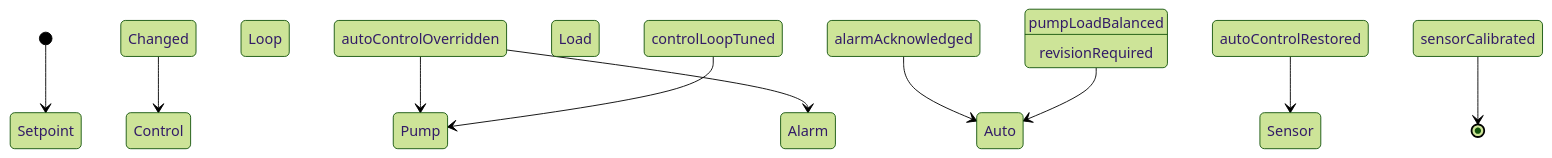
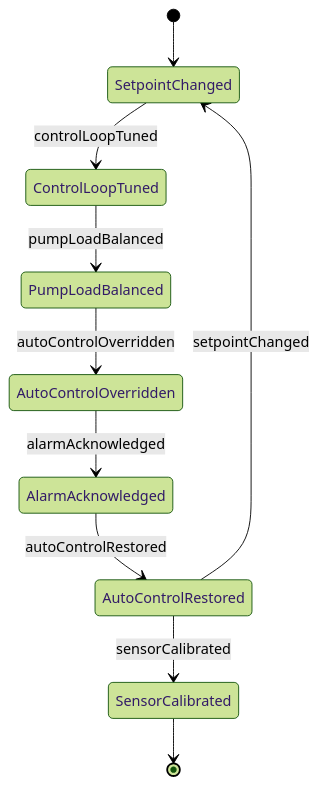
The second of 4 diagrams in ControllingMachinesAndProcesses/OperatePumpingSystemsOrEquipment/ControlPumpsPumpingEquipment.mdx (dot-org-ai/tasks.org.ai), drawn with Mermaid (forest theme) before and after one commit. The commit also changed other lines of this file and 515 other files, not shown here.

````diff
--- a/ControllingMachinesAndProcesses/OperatePumpingSystemsOrEquipment/ControlPumpsPumpingEquipment.mdx
+++ b/ControllingMachinesAndProcesses/OperatePumpingSystemsOrEquipment/ControlPumpsPumpingEquipment.mdx
@@ -98,12 +98,12 @@
 ```mermaid
 stateDiagram-v2
-    [*] --> Setpoint Changed
-    Setpoint Changed --> Control Loop Tuned : controlLoopTuned
-    Control Loop Tuned --> Pump Load Balanced : pumpLoadBalanced
-    Pump Load Balanced --> Auto Control Overridden : autoControlOverridden
-    Auto Control Overridden --> Alarm Acknowledged : alarmAcknowledged
-    Alarm Acknowledged --> Auto Control Restored : autoControlRestored
-    Auto Control Restored --> Sensor Calibrated : sensorCalibrated
-    Auto Control Overridden --> Pump Load Balanced : revisionRequired
-    Sensor Calibrated --> [*]
+    [*] --> SetpointChanged
+    SetpointChanged --> ControlLoopTuned : controlLoopTuned
+    ControlLoopTuned --> PumpLoadBalanced : pumpLoadBalanced
+    PumpLoadBalanced --> AutoControlOverridden : autoControlOverridden
+    AutoControlOverridden --> AlarmAcknowledged : alarmAcknowledged
+    AlarmAcknowledged --> AutoControlRestored : autoControlRestored
+    AutoControlRestored --> SensorCalibrated : sensorCalibrated
+    AutoControlRestored --> SetpointChanged : setpointChanged
+    SensorCalibrated --> [*]
 ```
````
